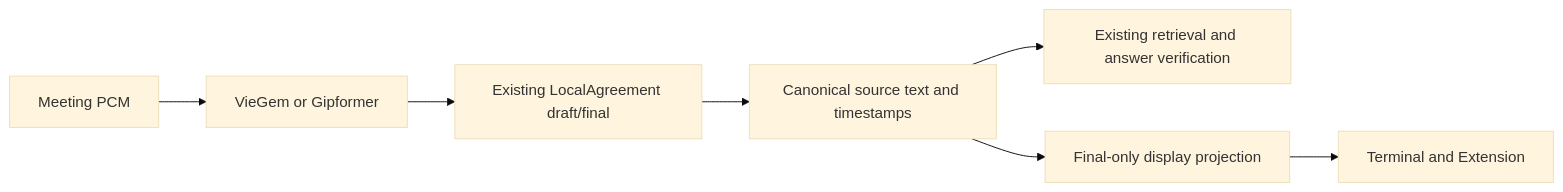
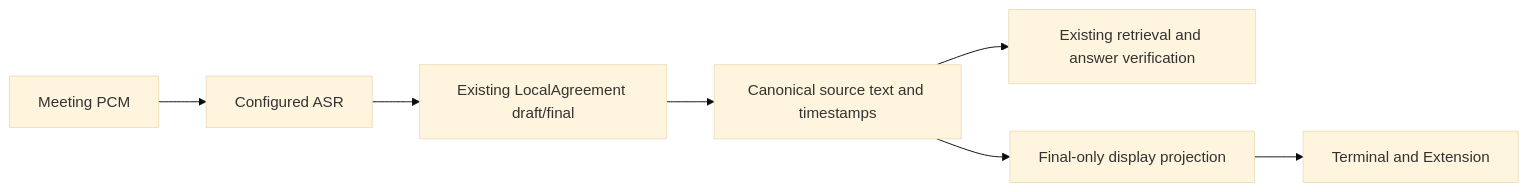
Before and after one commit to poor-frog/TINA: the diagram in docs/tina-transcript-display.md, drawn with Mermaid (base theme). The commit also changed 196 other files, not shown here.

````diff
--- a/docs/tina-transcript-display.md
+++ b/docs/tina-transcript-display.md
@@ -6,9 +6,9 @@
 ```mermaid
 flowchart LR
-    PCM[Meeting PCM] --> ASR[VieGem or Gipformer]
+    PCM[Meeting PCM] --> ASR[Configured ASR]
     ASR --> LA[Existing LocalAgreement draft/final]
     LA --> RAW[Canonical source text and timestamps]
     RAW --> RAG[Existing retrieval and answer verification]
     RAW --> VIEW[Final-only display projection]
     VIEW --> TERMINAL[Terminal and Extension]
 ```
````
